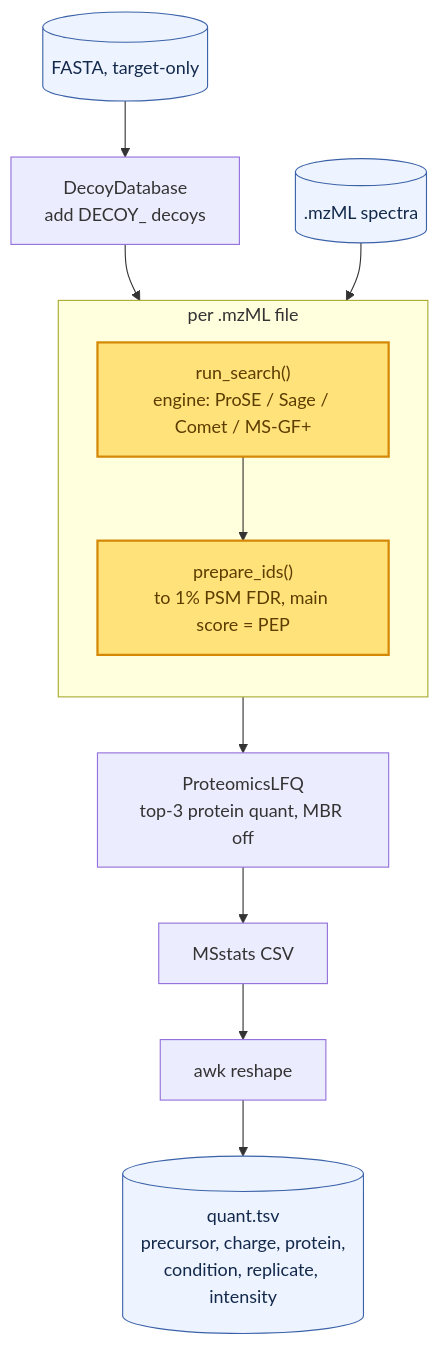
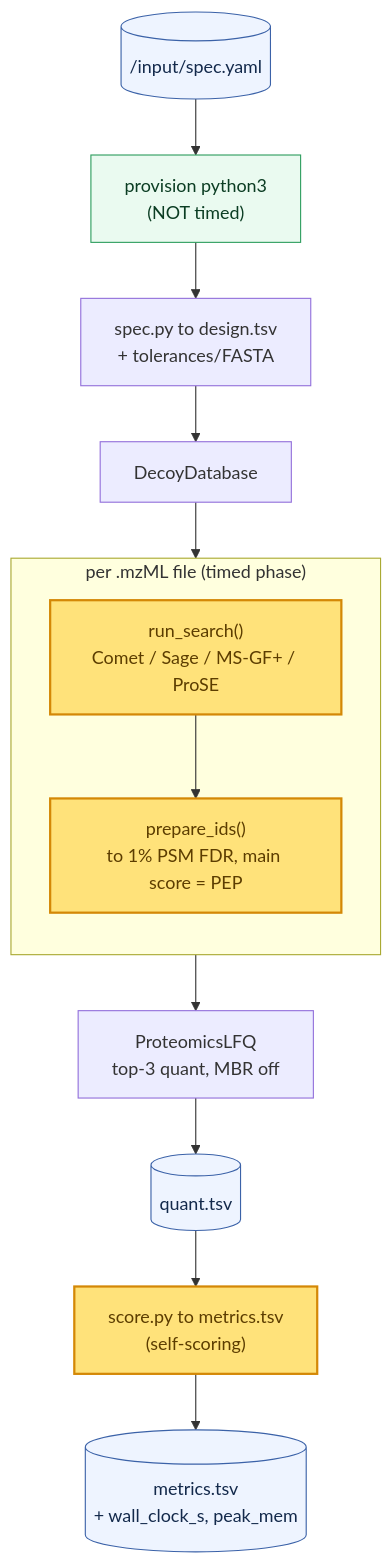
One commit to t0mdavid-m/OpenMS-Benchmarks changed the second of 2 diagrams in docs/benchmark-overview.md. Above: the diagram before and after it, drawn with Mermaid. The commit also changed other lines of this file and 25 other files, not shown here.

````diff
--- a/docs/benchmark-overview.md
+++ b/docs/benchmark-overview.md
@@ -79,24 +72,25 @@
 ```mermaid
 flowchart TB
-    MZML[(".mzML spectra")]:::data
-    FASTA[("FASTA, target-only")]:::data
-    DECOY["DecoyDatabase<br/>add DECOY_ decoys"]
-    LFQ["ProteomicsLFQ<br/>top-3 protein quant, MBR off"]
-    MSSTATS["MSstats CSV"]
-    AWK["awk reshape"]
-    QUANT[("quant.tsv<br/>precursor, charge, protein,<br/>condition, replicate, intensity")]:::data
+    SPEC[("/input/spec.yaml")]:::data
+    PROV["provision python3<br/>(NOT timed)"]:::cont
+    DESIGN["spec.py to design.tsv<br/>+ tolerances/FASTA"]
+    DECOY["DecoyDatabase"]
+    LFQ["ProteomicsLFQ<br/>top-3 quant, MBR off"]
+    QUANT[("quant.tsv")]:::data
+    SCORE["score.py to metrics.tsv<br/>(self-scoring)"]:::plug
+    METRICS[("metrics.tsv<br/>+ wall_clock_s, peak_mem")]:::data
 
-    FASTA --> DECOY
-    subgraph PF["per .mzML file"]
+    SPEC --> PROV --> DESIGN --> DECOY
+    subgraph PF["per .mzML file (timed phase)"]
         direction TB
-        SEARCH["run_search()<br/>engine: ProSE / Sage / Comet / MS-GF+"]:::plug
+        SEARCH["run_search()<br/>Comet / Sage / MS-GF+ / ProSE"]:::plug
         PREP["prepare_ids()<br/>to 1% PSM FDR, main score = PEP"]:::plug
         SEARCH --> PREP
     end
     DECOY --> SEARCH
-    MZML --> SEARCH
-    PREP --> LFQ --> MSSTATS --> AWK --> QUANT
+    PREP --> LFQ --> QUANT --> SCORE --> METRICS
 
     classDef plug fill:#ffe27a,stroke:#d48806,stroke-width:2px,color:#5c3d00;
+    classDef cont fill:#eafaf0,stroke:#2f9e5f,color:#0b3d23;
     classDef data fill:#eef4ff,stroke:#3b62a8,color:#13294b;
 ```
````
